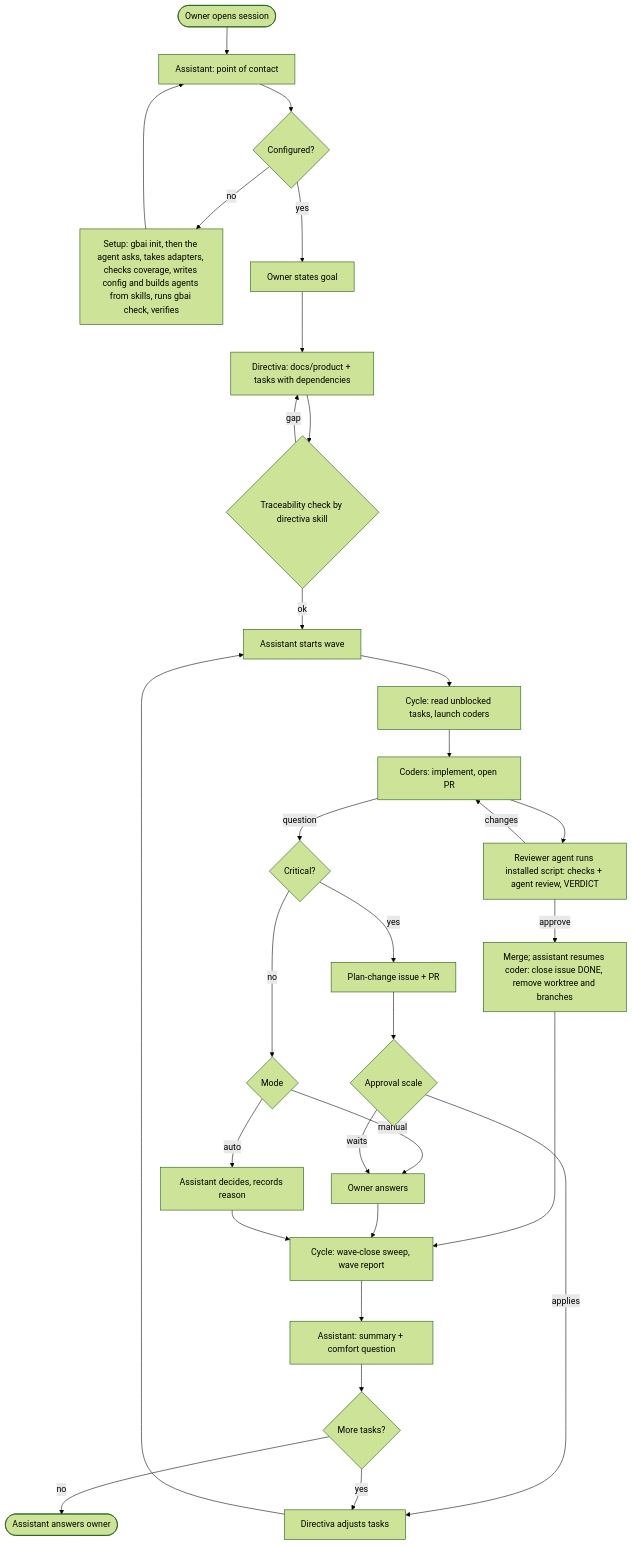
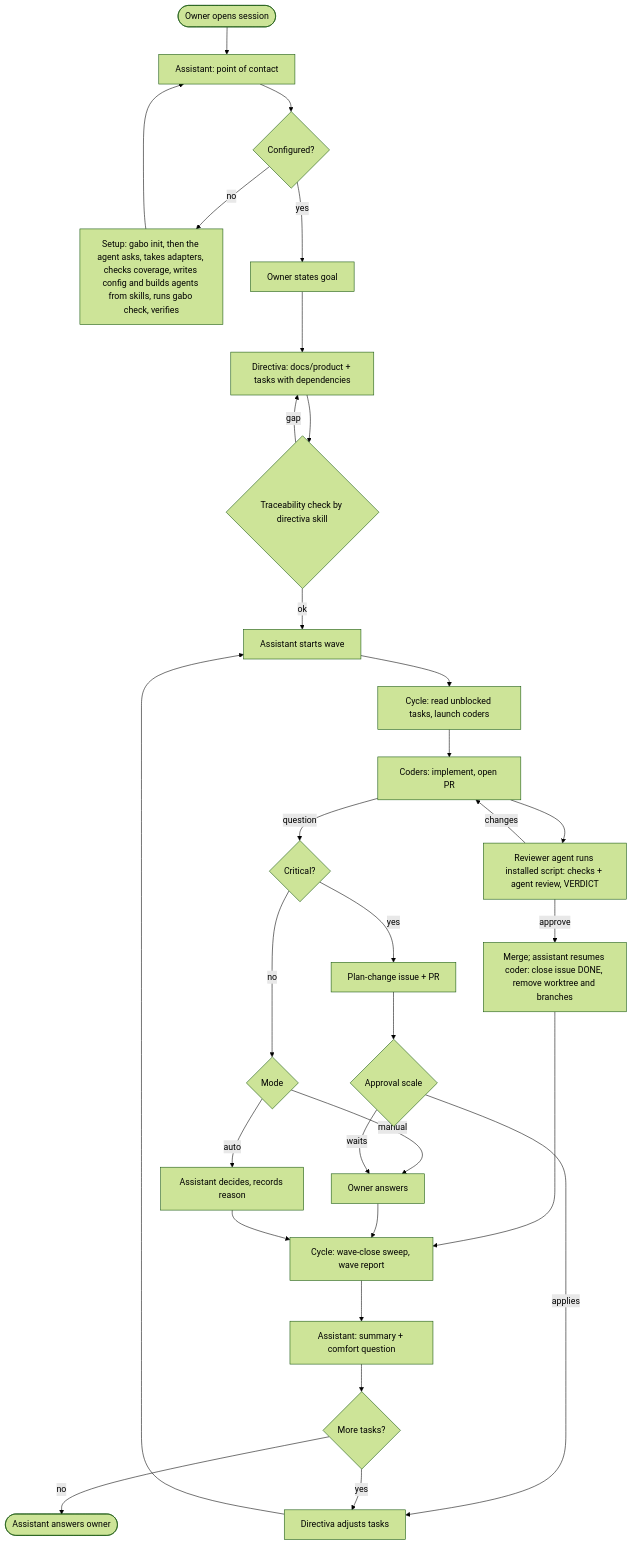
One commit to testeos-z/gabo-ai changed the diagram in docs/product/APP_FLOW.md. Above: the diagram before and after it, drawn with Mermaid (forest theme). The commit also changed other lines of this file and 14 other files, not shown here.

````diff
--- a/docs/product/APP_FLOW.md
+++ b/docs/product/APP_FLOW.md
@@ -222,33 +222,33 @@
 ```mermaid
 flowchart TD
   start([Owner opens session]) --> asis[Assistant: point of contact]
   asis --> cfg{Configured?}
-  cfg -- no --> setup[Setup: gbai init, then the agent asks, takes adapters, checks coverage, writes config and builds agents from skills, runs gbai check, verifies]
+  cfg -- no --> setup[Setup: gabo init, then the agent asks, takes adapters, checks coverage, writes config and builds agents from skills, runs gabo check, verifies]
   setup --> asis
   cfg -- yes --> goal[Owner states goal]
   goal --> plan[Directiva: docs/product + tasks with dependencies]
   plan --> trace{Traceability check by directiva skill}
   trace -- gap --> plan
   trace -- ok --> wave[Assistant starts wave]
   wave --> cycle[Cycle: read unblocked tasks, launch coders]
   cycle --> coders[Coders: implement, open PR]
   coders --> review[Reviewer agent runs installed script: checks + agent review, VERDICT]
   review -- changes --> coders
   review -- approve --> taskclose[Merge; assistant resumes coder: close issue DONE, remove worktree and branches]
   taskclose --> report[Cycle: wave-close sweep, wave report]
   coders -- question --> q{Critical?}
   q -- no --> mode{Mode}
   mode -- manual --> owner[Owner answers]
   mode -- auto --> rec[Assistant decides, records reason]
   q -- yes --> pc[Plan-change issue + PR]
   pc --> scale{Approval scale}
   scale -- applies --> adjust
   scale -- waits --> owner
   owner --> report
   rec --> report
   report --> close[Assistant: summary + comfort question]
   close --> more{More tasks?}
   more -- yes --> adjust[Directiva adjusts tasks]
   adjust --> wave
   more -- no --> done([Assistant answers owner])
 ```
````
